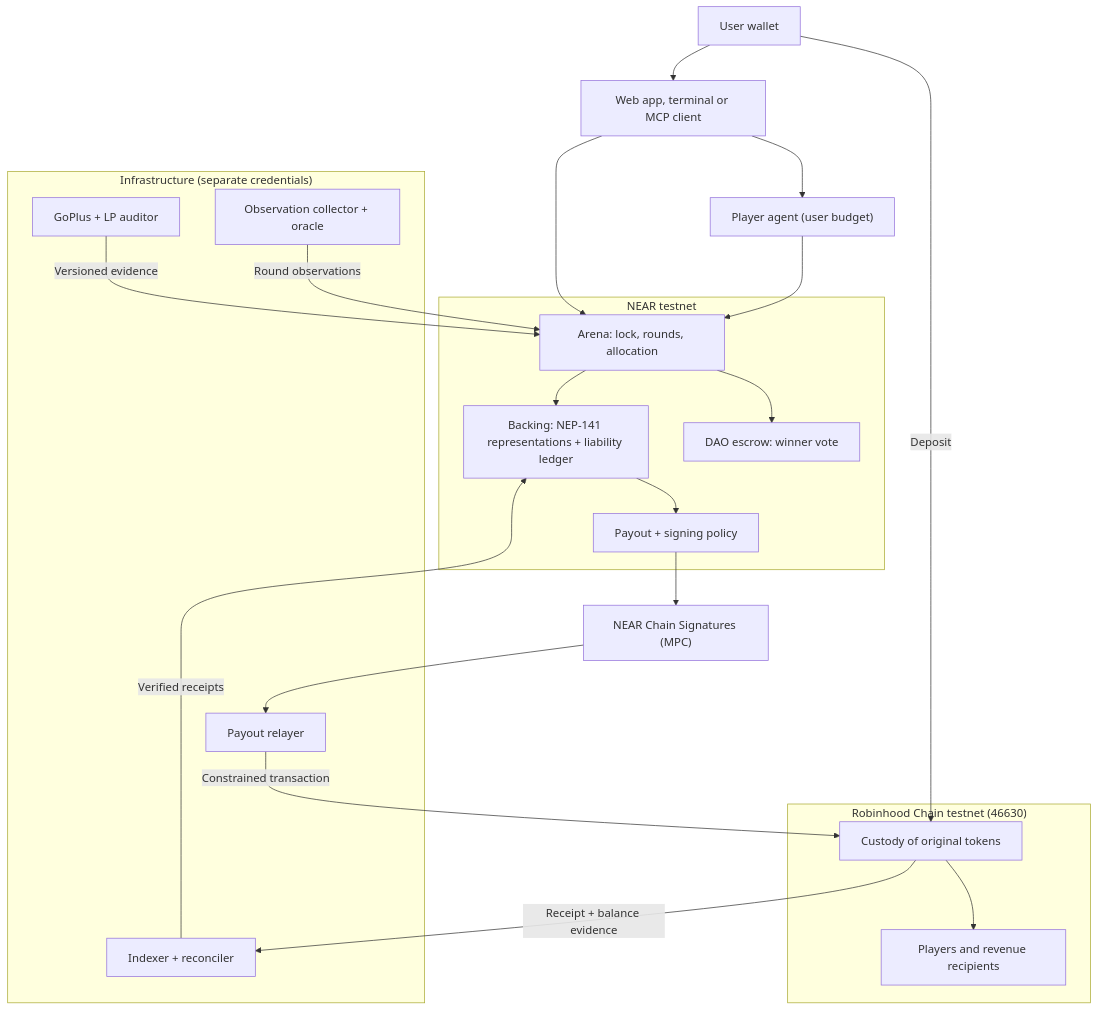
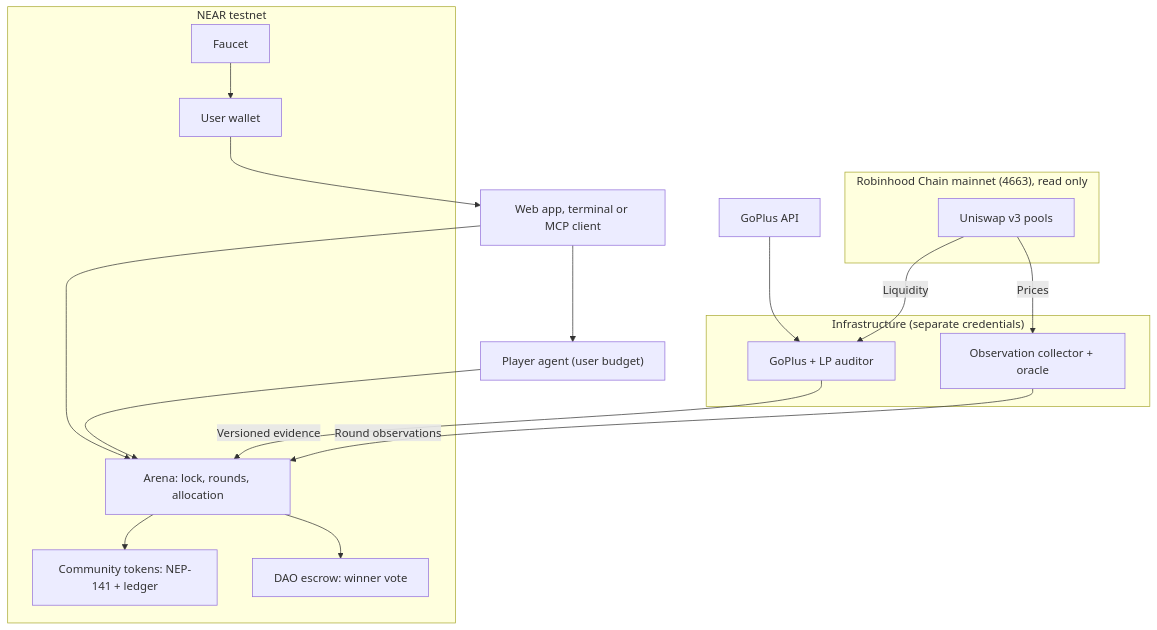
Before and after one commit to mferdinandr/valtrums: the second of 2 diagrams in README.md, drawn with Mermaid. The commit also changed other lines of this file, not shown here.

Commit message:
docs: update the readme for the near-only flow

````diff
--- a/README.md
+++ b/README.md
@@ -124,35 +123,28 @@
 ```mermaid
 flowchart TB
     U["User wallet"] --> UI["Web app, terminal or MCP client"]
     UI --> PA["Player agent (user budget)"]
     UI --> A
     PA --> A
     subgraph NEAR["NEAR testnet"]
         A["Arena: lock, rounds, allocation"]
-        R["Backing: NEP-141 representations + liability ledger"]
+        R["Community tokens: NEP-141 + ledger"]
         D["DAO escrow: winner vote"]
-        S["Payout + signing policy"]
+        F["Faucet"]
         A --> R
         A --> D
-        R --> S
+        F --> U
     end
     subgraph WORKERS["Infrastructure (separate credentials)"]
         AU["GoPlus + LP auditor"]
         O["Observation collector + oracle"]
-        I["Indexer + reconciler"]
-        REL["Payout relayer"]
     end
+    subgraph RH["Robinhood Chain mainnet (4663), read only"]
+        POOLS["Uniswap v3 pools"]
+    end
+    GP["GoPlus API"] --> AU
+    POOLS -->|"Liquidity"| AU
+    POOLS -->|"Prices"| O
     AU -->|"Versioned evidence"| A
     O -->|"Round observations"| A
-    I -->|"Verified receipts"| R
-    S --> MPC["NEAR Chain Signatures (MPC)"]
-    MPC --> REL
-    subgraph RH["Robinhood Chain testnet (46630)"]
-        C["Custody of original tokens"]
-        P["Players and revenue recipients"]
-        C --> P
-    end
-    U -->|"Deposit"| C
-    REL -->|"Constrained transaction"| C
-    C -->|"Receipt + balance evidence"| I
 ```
````
